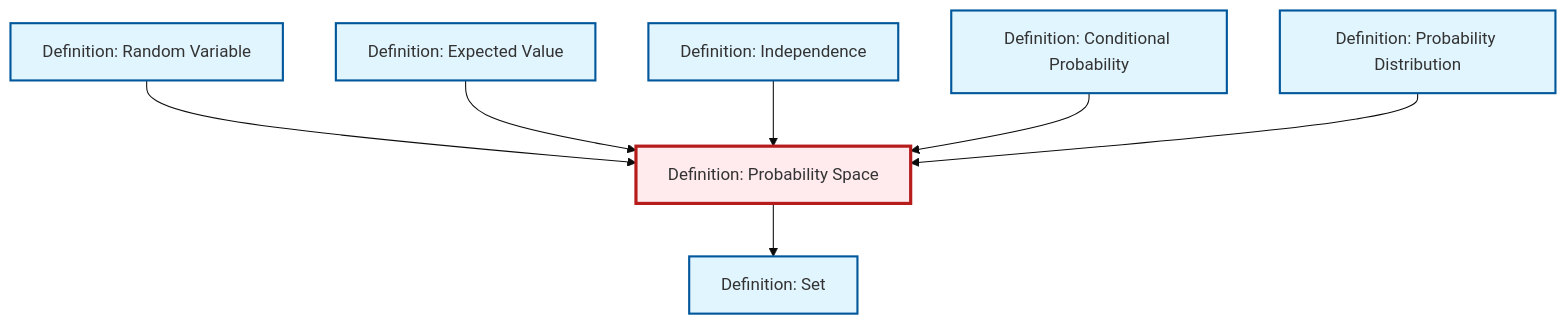
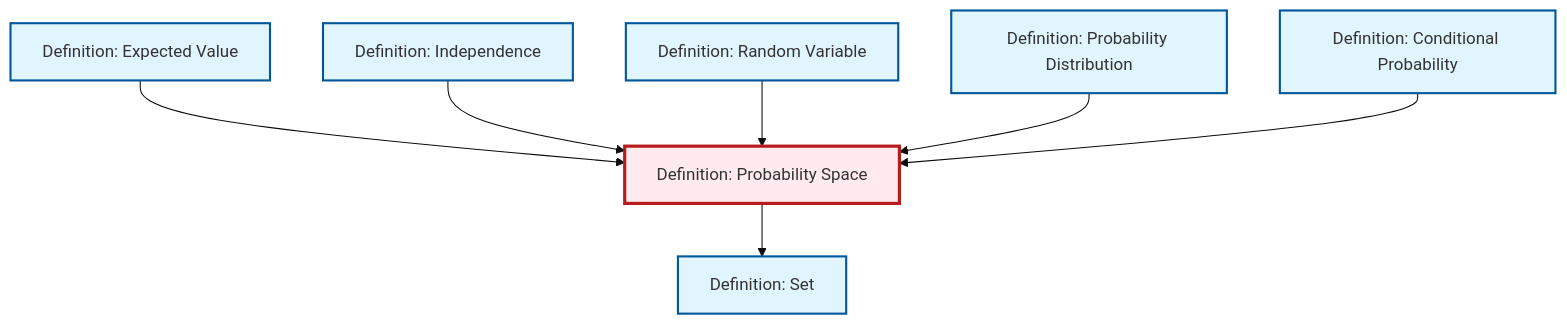
Before and after one commit to RK0429/ModernMath: the diagram in content/en/probability-statistics/def-probability-space.qmd, drawn with Mermaid (base theme). The commit also changed other lines of this file and 672 other files, not shown here.

````diff
--- a/content/en/probability-statistics/def-probability-space.qmd
+++ b/content/en/probability-statistics/def-probability-space.qmd
@@ -46,29 +46,29 @@
 ```{mermaid}
 %%| fig-cap: "Local dependency graph"
 graph TD
     classDef definition fill:#e1f5fe,stroke:#01579b,stroke-width:2px
     classDef theorem fill:#f3e5f5,stroke:#4a148c,stroke-width:2px
     classDef axiom fill:#fff3e0,stroke:#e65100,stroke-width:2px
     classDef example fill:#e8f5e9,stroke:#1b5e20,stroke-width:2px
     classDef current fill:#ffebee,stroke:#b71c1c,stroke-width:3px
+    def-set["Definition: Set"]:::definition
+    def-probability-space["Definition: Probability Space"]:::definition
+    def-independence["Definition: Independence"]:::definition
+    def-expectation["Definition: Expected Value"]:::definition
     def-probability-distribution["Definition: Probability Distribution"]:::definition
-    def-expectation["Definition: Expected Value"]:::definition
     def-conditional-probability["Definition: Conditional Probability"]:::definition
-    def-set["Definition: Set"]:::definition
     def-random-variable["Definition: Random Variable"]:::definition
-    def-independence["Definition: Independence"]:::definition
-    def-probability-space["Definition: Probability Space"]:::definition
-    def-random-variable --> def-probability-space
     def-expectation --> def-probability-space
     def-probability-space --> def-set
     def-independence --> def-probability-space
+    def-random-variable --> def-probability-space
+    def-probability-distribution --> def-probability-space
     def-conditional-probability --> def-probability-space
-    def-probability-distribution --> def-probability-space
     class def-probability-space current
+    click def-set "def-set.html" "Go to Set definition"
+    click def-independence "def-independence.html" "Go to Independence definition"
+    click def-expectation "def-expectation.html" "Go to Expected Value definition"
     click def-probability-distribution "def-probability-distribution.html" "Go to Probability Distribution definition"
-    click def-expectation "def-expectation.html" "Go to Expected Value definition"
     click def-conditional-probability "def-conditional-probability.html" "Go to Conditional Probability definition"
-    click def-set "def-set.html" "Go to Set definition"
     click def-random-variable "def-random-variable.html" "Go to Random Variable definition"
-    click def-independence "def-independence.html" "Go to Independence definition"
 ```
````
